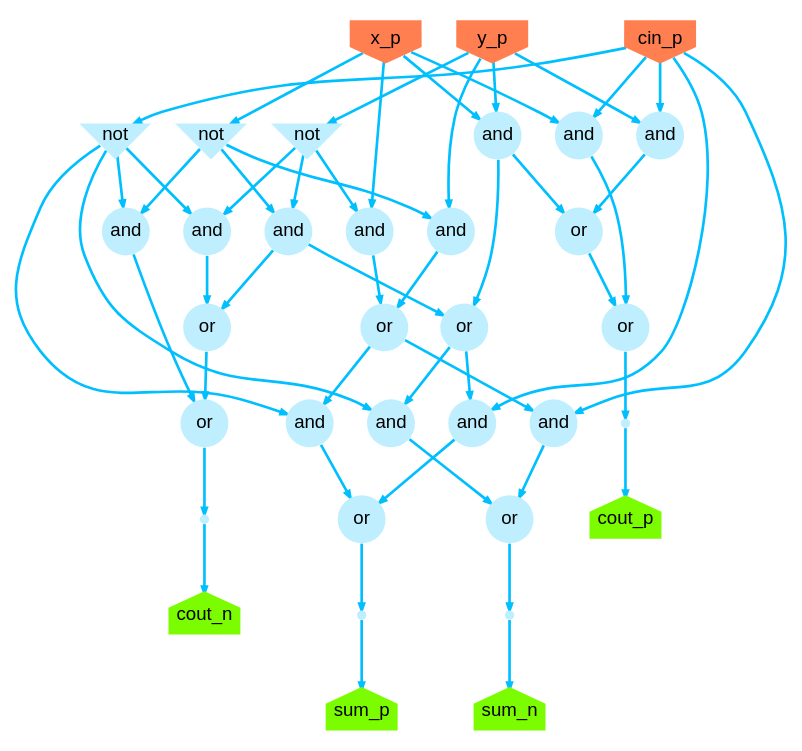
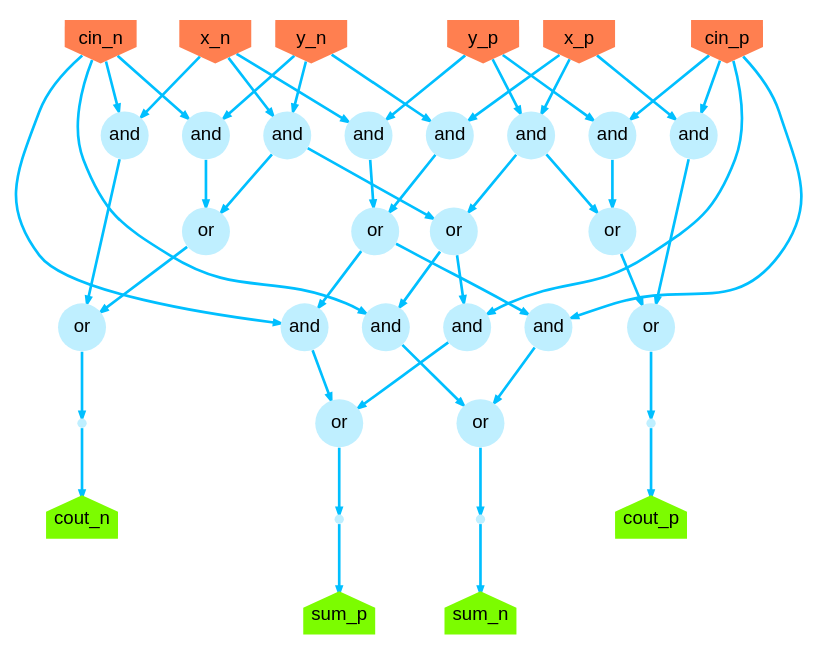
Before and after one commit to ryanhou28/PyLSE_Workspace: the diagram in Full Adder Example/PyRTL/FA_DR.DOT, drawn with Graphviz. The commit also changed 6 other files, not shown here.

```diff
--- a/Full Adder Example/PyRTL/FA_DR.DOT
+++ b/Full Adder Example/PyRTL/FA_DR.DOT
@@ -1,92 +1,89 @@
 digraph g {
     graph [splines="spline", outputorder="edgesfirst"];
     node [shape=circle, style=filled, fillcolor=lightblue1,
         fontcolor=black, fontname=helvetica, penwidth=0,
         fixedsize=shape];
     edge [labelfloat=false, penwidth=2, color=deepskyblue, arrowsize=.5];
-    n0 [label="cin_p", shape=invhouse, fillcolor=coral];
-    n1 [label="", height=.1, width=.1];
-    n2 [label="cout_n", shape=house, fillcolor=lawngreen];
-    n3 [label="", height=.1, width=.1];
-    n4 [label="cout_p", shape=house, fillcolor=lawngreen];
-    n5 [label="", height=.1, width=.1];
-    n6 [label="sum_n", shape=house, fillcolor=lawngreen];
-    n7 [label="", height=.1, width=.1];
-    n8 [label="sum_p", shape=house, fillcolor=lawngreen];
-    n9 [label="or"];
-    n10 [label="or"];
-    n11 [label="not", shape=invtriangle];
-    n12 [label="and"];
+    n0 [label="cin_n", shape=invhouse, fillcolor=coral];
+    n1 [label="cin_p", shape=invhouse, fillcolor=coral];
+    n2 [label="", height=.1, width=.1];
+    n3 [label="cout_n", shape=house, fillcolor=lawngreen];
+    n4 [label="", height=.1, width=.1];
+    n5 [label="cout_p", shape=house, fillcolor=lawngreen];
+    n6 [label="", height=.1, width=.1];
+    n7 [label="sum_n", shape=house, fillcolor=lawngreen];
+    n8 [label="", height=.1, width=.1];
+    n9 [label="sum_p", shape=house, fillcolor=lawngreen];
+    n10 [label="and"];
+    n11 [label="and"];
+    n12 [label="or"];
     n13 [label="and"];
     n14 [label="or"];
-    n15 [label="not", shape=invtriangle];
+    n15 [label="or"];
     n16 [label="and"];
     n17 [label="or"];
-    n18 [label="or"];
-    n19 [label="and"];
-    n20 [label="and"];
-    n21 [label="not", shape=invtriangle];
-    n22 [label="or"];
-    n23 [label="or"];
-    n24 [label="and"];
+    n18 [label="and"];
+    n19 [label="or"];
+    n20 [label="or"];
+    n21 [label="or"];
+    n22 [label="and"];
+    n23 [label="and"];
+    n24 [label="or"];
     n25 [label="and"];
     n26 [label="and"];
     n27 [label="and"];
     n28 [label="and"];
     n29 [label="and"];
-    n30 [label="or"];
-    n31 [label="and"];
-    n32 [label="x_p", shape=invhouse, fillcolor=coral];
+    n30 [label="x_n", shape=invhouse, fillcolor=coral];
+    n31 [label="x_p", shape=invhouse, fillcolor=coral];
+    n32 [label="y_n", shape=invhouse, fillcolor=coral];
     n33 [label="y_p", shape=invhouse, fillcolor=coral];
     n0 -> n11 [label="", penwidth="2", arrowhead="normal"];
-    n0 -> n12 [label="", penwidth="2", arrowhead="normal"];
-    n0 -> n19 [label="", penwidth="2", arrowhead="normal"];
+    n0 -> n18 [label="", penwidth="2", arrowhead="normal"];
+    n0 -> n23 [label="", penwidth="2", arrowhead="normal"];
     n0 -> n25 [label="", penwidth="2", arrowhead="normal"];
-    n0 -> n31 [label="", penwidth="2", arrowhead="normal"];
-    n1 -> n2 [label="", penwidth="2", arrowhead="normal"];
-    n3 -> n4 [label="", penwidth="2", arrowhead="normal"];
-    n5 -> n6 [label="", penwidth="2", arrowhead="normal"];
-    n7 -> n8 [label="", penwidth="2", arrowhead="normal"];
-    n9 -> n1 [label="", penwidth="2", arrowhead="normal"];
-    n10 -> n9 [label="", penwidth="2", arrowhead="normal"];
-    n11 -> n13 [label="", penwidth="2", arrowhead="normal"];
-    n11 -> n16 [label="", penwidth="2", arrowhead="normal"];
-    n11 -> n24 [label="", penwidth="2", arrowhead="normal"];
-    n11 -> n27 [label="", penwidth="2", arrowhead="normal"];
-    n12 -> n30 [label="", penwidth="2", arrowhead="normal"];
-    n13 -> n9 [label="", penwidth="2", arrowhead="normal"];
-    n14 -> n25 [label="", penwidth="2", arrowhead="normal"];
-    n14 -> n27 [label="", penwidth="2", arrowhead="normal"];
-    n15 -> n13 [label="", penwidth="2", arrowhead="normal"];
-    n15 -> n26 [label="", penwidth="2", arrowhead="normal"];
-    n15 -> n29 [label="", penwidth="2", arrowhead="normal"];
-    n16 -> n10 [label="", penwidth="2", arrowhead="normal"];
-    n17 -> n19 [label="", penwidth="2", arrowhead="normal"];
-    n17 -> n24 [label="", penwidth="2", arrowhead="normal"];
-    n18 -> n7 [label="", penwidth="2", arrowhead="normal"];
+    n1 -> n16 [label="", penwidth="2", arrowhead="normal"];
+    n1 -> n22 [label="", penwidth="2", arrowhead="normal"];
+    n1 -> n27 [label="", penwidth="2", arrowhead="normal"];
+    n1 -> n29 [label="", penwidth="2", arrowhead="normal"];
+    n2 -> n3 [label="", penwidth="2", arrowhead="normal"];
+    n4 -> n5 [label="", penwidth="2", arrowhead="normal"];
+    n6 -> n7 [label="", penwidth="2", arrowhead="normal"];
+    n8 -> n9 [label="", penwidth="2", arrowhead="normal"];
+    n10 -> n15 [label="", penwidth="2", arrowhead="normal"];
+    n10 -> n17 [label="", penwidth="2", arrowhead="normal"];
+    n11 -> n12 [label="", penwidth="2", arrowhead="normal"];
+    n12 -> n2 [label="", penwidth="2", arrowhead="normal"];
+    n13 -> n17 [label="", penwidth="2", arrowhead="normal"];
+    n13 -> n24 [label="", penwidth="2", arrowhead="normal"];
+    n14 -> n4 [label="", penwidth="2", arrowhead="normal"];
+    n15 -> n12 [label="", penwidth="2", arrowhead="normal"];
+    n16 -> n21 [label="", penwidth="2", arrowhead="normal"];
+    n17 -> n22 [label="", penwidth="2", arrowhead="normal"];
+    n17 -> n23 [label="", penwidth="2", arrowhead="normal"];
+    n18 -> n20 [label="", penwidth="2", arrowhead="normal"];
+    n19 -> n16 [label="", penwidth="2", arrowhead="normal"];
     n19 -> n18 [label="", penwidth="2", arrowhead="normal"];
-    n20 -> n14 [label="", penwidth="2", arrowhead="normal"];
-    n21 -> n16 [label="", penwidth="2", arrowhead="normal"];
-    n21 -> n20 [label="", penwidth="2", arrowhead="normal"];
-    n21 -> n26 [label="", penwidth="2", arrowhead="normal"];
-    n22 -> n5 [label="", penwidth="2", arrowhead="normal"];
-    n23 -> n30 [label="", penwidth="2", arrowhead="normal"];
-    n24 -> n22 [label="", penwidth="2", arrowhead="normal"];
-    n25 -> n22 [label="", penwidth="2", arrowhead="normal"];
-    n26 -> n10 [label="", penwidth="2", arrowhead="normal"];
-    n26 -> n17 [label="", penwidth="2", arrowhead="normal"];
-    n27 -> n18 [label="", penwidth="2", arrowhead="normal"];
-    n28 -> n17 [label="", penwidth="2", arrowhead="normal"];
-    n28 -> n23 [label="", penwidth="2", arrowhead="normal"];
+    n20 -> n8 [label="", penwidth="2", arrowhead="normal"];
+    n21 -> n6 [label="", penwidth="2", arrowhead="normal"];
+    n22 -> n20 [label="", penwidth="2", arrowhead="normal"];
+    n23 -> n21 [label="", penwidth="2", arrowhead="normal"];
+    n24 -> n14 [label="", penwidth="2", arrowhead="normal"];
+    n25 -> n15 [label="", penwidth="2", arrowhead="normal"];
+    n26 -> n19 [label="", penwidth="2", arrowhead="normal"];
+    n27 -> n24 [label="", penwidth="2", arrowhead="normal"];
+    n28 -> n19 [label="", penwidth="2", arrowhead="normal"];
     n29 -> n14 [label="", penwidth="2", arrowhead="normal"];
-    n30 -> n3 [label="", penwidth="2", arrowhead="normal"];
-    n31 -> n23 [label="", penwidth="2", arrowhead="normal"];
-    n32 -> n12 [label="", penwidth="2", arrowhead="normal"];
-    n32 -> n15 [label="", penwidth="2", arrowhead="normal"];
-    n32 -> n20 [label="", penwidth="2", arrowhead="normal"];
-    n32 -> n28 [label="", penwidth="2", arrowhead="normal"];
-    n33 -> n21 [label="", penwidth="2", arrowhead="normal"];
+    n30 -> n10 [label="", penwidth="2", arrowhead="normal"];
+    n30 -> n11 [label="", penwidth="2", arrowhead="normal"];
+    n30 -> n28 [label="", penwidth="2", arrowhead="normal"];
+    n31 -> n13 [label="", penwidth="2", arrowhead="normal"];
+    n31 -> n26 [label="", penwidth="2", arrowhead="normal"];
+    n31 -> n29 [label="", penwidth="2", arrowhead="normal"];
+    n32 -> n10 [label="", penwidth="2", arrowhead="normal"];
+    n32 -> n25 [label="", penwidth="2", arrowhead="normal"];
+    n32 -> n26 [label="", penwidth="2", arrowhead="normal"];
+    n33 -> n13 [label="", penwidth="2", arrowhead="normal"];
+    n33 -> n27 [label="", penwidth="2", arrowhead="normal"];
     n33 -> n28 [label="", penwidth="2", arrowhead="normal"];
-    n33 -> n29 [label="", penwidth="2", arrowhead="normal"];
-    n33 -> n31 [label="", penwidth="2", arrowhead="normal"];
 }
```
